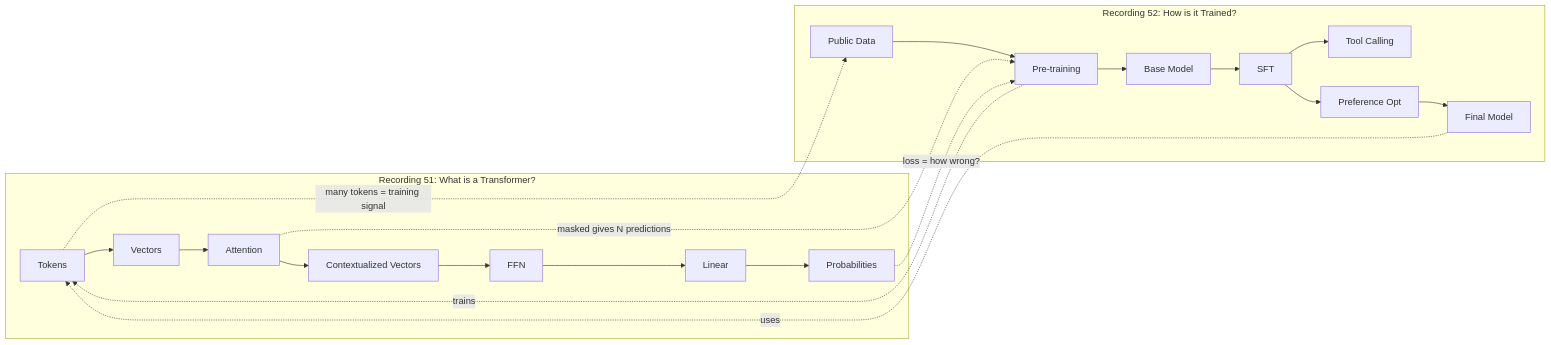
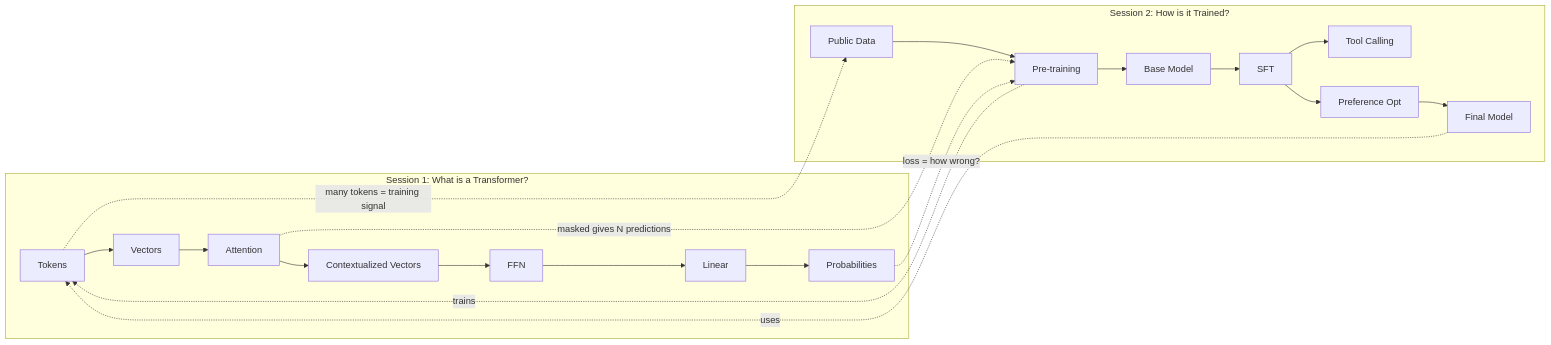
The second of 3 diagrams in aiengg/sessions/combined-knowledge-graph.md (MandalorianBatman/aiengg), drawn with Mermaid before and after one commit. The commit also changed other lines of this file and 32 other files, not shown here.

````diff
--- a/aiengg/sessions/combined-knowledge-graph.md
+++ b/aiengg/sessions/combined-knowledge-graph.md
@@ -103,26 +103,26 @@
 ```mermaid
 graph LR
-    subgraph "Recording 51: What is a Transformer?"
+    subgraph "Session 1: What is a Transformer?"
         A1[Tokens] --> A2[Vectors]
         A2 --> A3[Attention]
         A3 --> A4[Contextualized Vectors]
         A4 --> A5[FFN]
         A5 --> A6[Linear]
         A6 --> A7[Probabilities]
     end
 
-    subgraph "Recording 52: How is it Trained?"
+    subgraph "Session 2: How is it Trained?"
         B1[Public Data] --> B2[Pre-training]
         B2 --> B3[Base Model]
         B3 --> B4[SFT]
         B4 --> B5[Tool Calling]
         B4 --> B6[Preference Opt]
         B6 --> B7[Final Model]
     end
 
     A1 -.->|many tokens = training signal| B1
     A3 -.->|masked gives N predictions| B2
     B2 -.->|trains| A1
     A7 -.->|loss = how wrong?| B2
     B7 -.->|uses| A1
 ```
````
